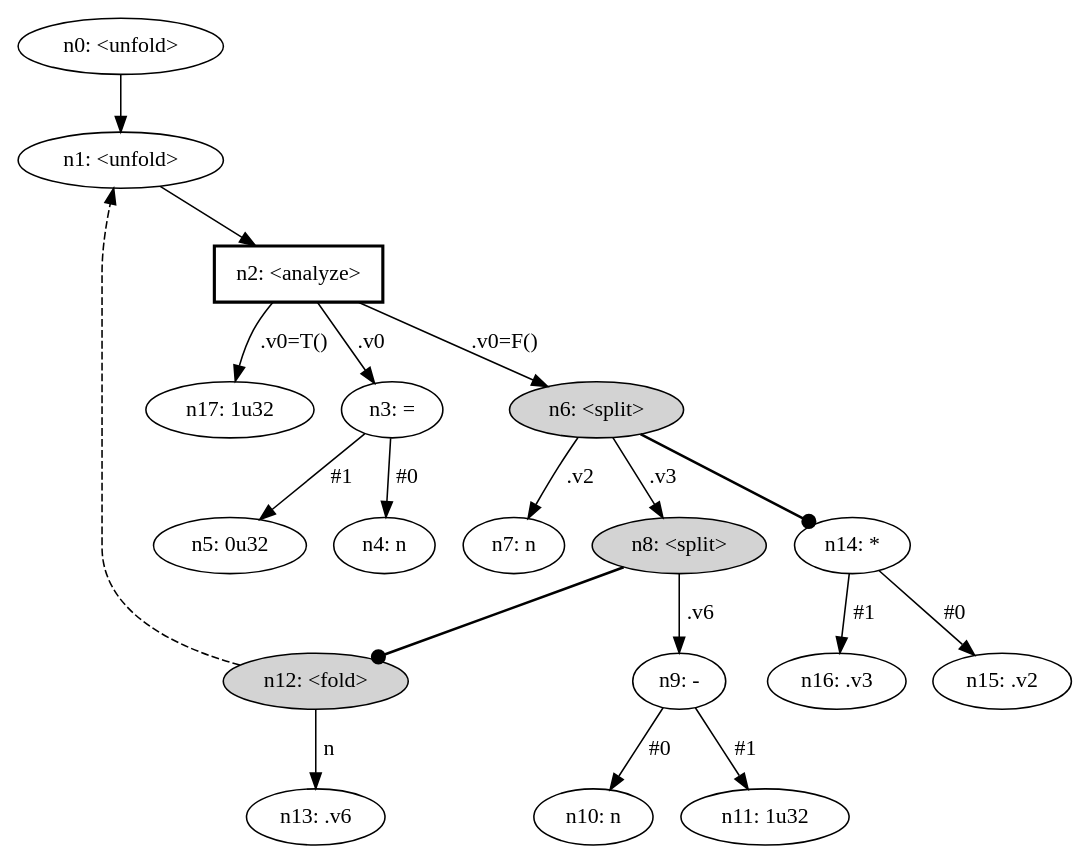
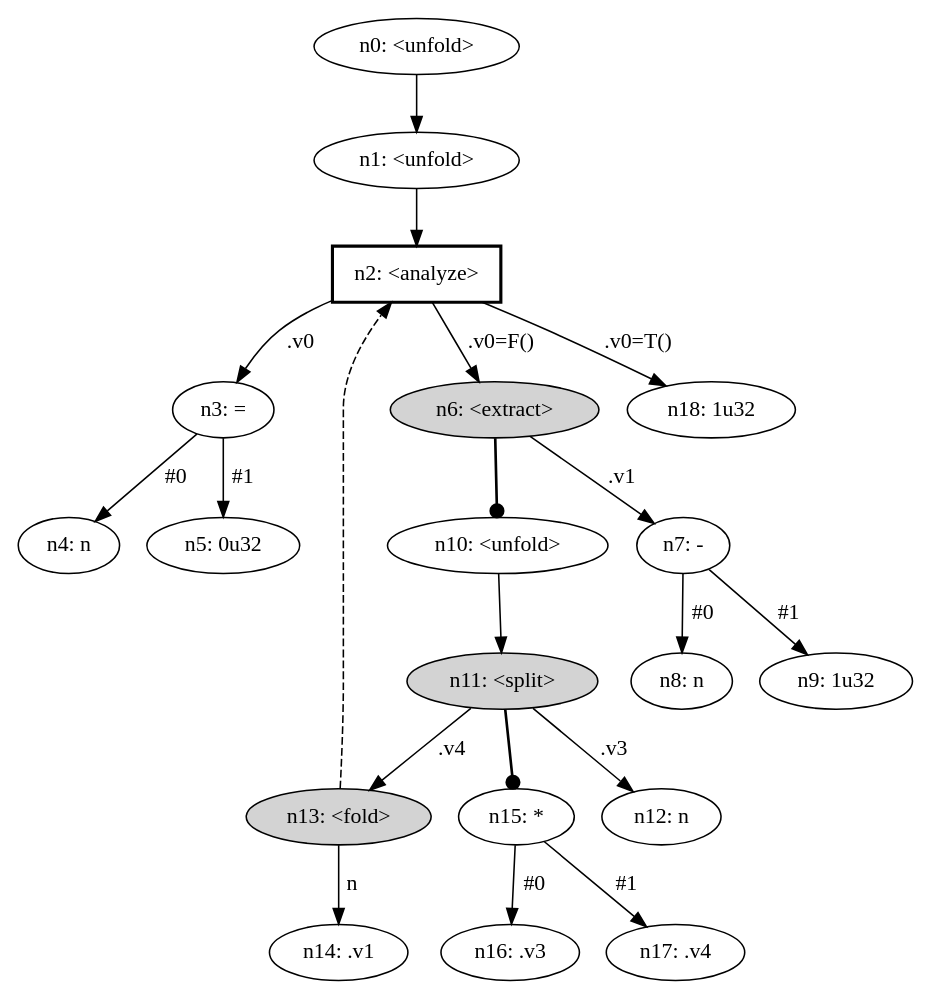
Before and after one commit to hirrolot/mazeppa: the diagram in examples/factorial/target/graph.dot, drawn with Graphviz. The commit also changed 26 other files, not shown here.

```diff
--- a/examples/factorial/target/graph.dot
+++ b/examples/factorial/target/graph.dot
@@ -1,40 +1,42 @@
 digraph {
     node [fontname="bold helvetica"];
     edge [fontname="bold helvetica"];
     n0 [label="n0: <unfold>"];
     n1 [label="n1: <unfold>"];
     n0 -> n1;
     n2 [label="n2: <analyze>"] [shape=box style=bold];
     n1 -> n2;
     n3 [label="n3: ="];
     n2 -> n3 [label=" .v0 "];
     n4 [label="n4: n"];
     n3 -> n4 [label=" #0 "];
     n5 [label="n5: 0u32"];
     n3 -> n5 [label=" #1 "];
-    n6 [label="n6: <split>"] [style=filled];
+    n6 [label="n6: <extract>"] [style=filled];
     n2 -> n6 [label=" .v0=F() "];
-    n7 [label="n7: n"];
-    n6 -> n7 [label=" .v2 "];
-    n8 [label="n8: <split>"] [style=filled];
-    n6 -> n8 [label=" .v3 "];
-    n9 [label="n9: -"];
-    n8 -> n9 [label=" .v6 "];
-    n10 [label="n10: n"];
-    n9 -> n10 [label=" #0 "];
-    n11 [label="n11: 1u32"];
-    n9 -> n11 [label=" #1 "];
-    n12 [label="n12: <fold>"] [style=filled];
-    n8 -> n12 [penwidth=1.7 arrowhead=dot];
-    n12 -> n1 [style=dashed];
-    n13 [label="n13: .v6"];
-    n12 -> n13 [label=" n "];
-    n14 [label="n14: *"];
-    n6 -> n14 [penwidth=1.7 arrowhead=dot];
-    n15 [label="n15: .v2"];
-    n14 -> n15 [label=" #0 "];
+    n7 [label="n7: -"];
+    n6 -> n7 [label=" .v1 "];
+    n8 [label="n8: n"];
+    n7 -> n8 [label=" #0 "];
+    n9 [label="n9: 1u32"];
+    n7 -> n9 [label=" #1 "];
+    n10 [label="n10: <unfold>"];
+    n6 -> n10 [penwidth=1.7 arrowhead=dot];
+    n11 [label="n11: <split>"] [style=filled];
+    n10 -> n11;
+    n12 [label="n12: n"];
+    n11 -> n12 [label=" .v3 "];
+    n13 [label="n13: <fold>"] [style=filled];
+    n11 -> n13 [label=" .v4 "];
+    n13 -> n2 [style=dashed];
+    n14 [label="n14: .v1"];
+    n13 -> n14 [label=" n "];
+    n15 [label="n15: *"];
+    n11 -> n15 [penwidth=1.7 arrowhead=dot];
     n16 [label="n16: .v3"];
-    n14 -> n16 [label=" #1 "];
-    n17 [label="n17: 1u32"];
-    n2 -> n17 [label=" .v0=T() "];
+    n15 -> n16 [label=" #0 "];
+    n17 [label="n17: .v4"];
+    n15 -> n17 [label=" #1 "];
+    n18 [label="n18: 1u32"];
+    n2 -> n18 [label=" .v0=T() "];
 }
```
